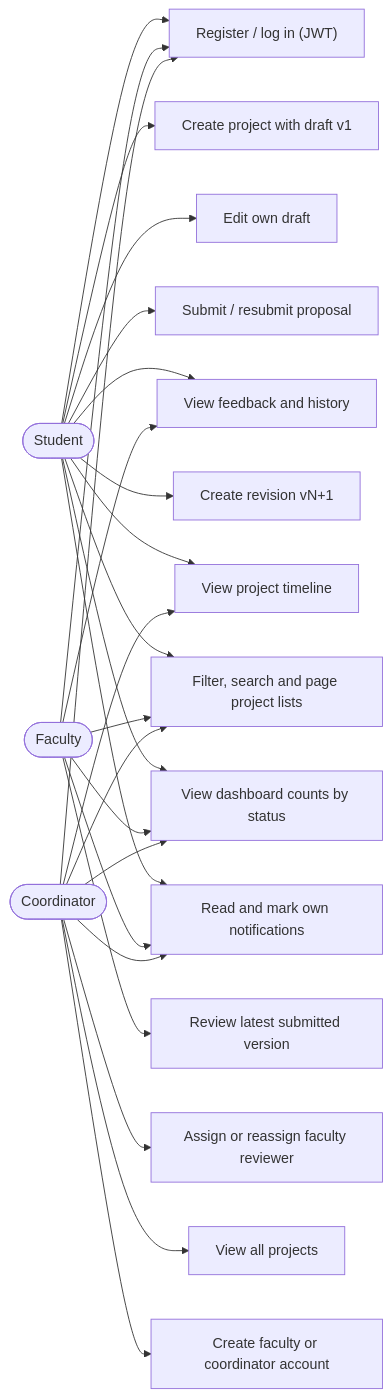
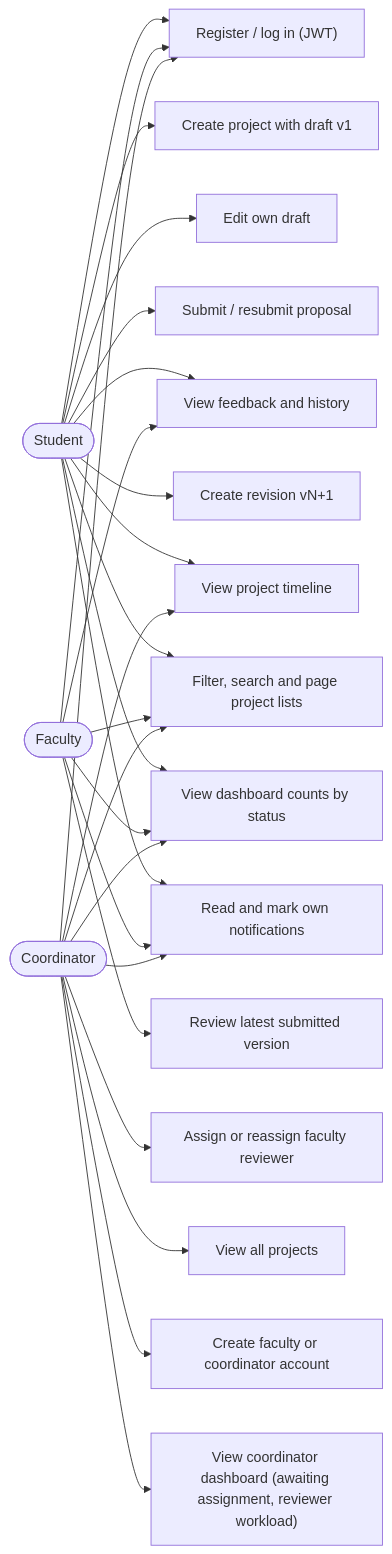
Before and after one commit to udita-0707/Prastaav: the first of 11 diagrams in docs/diagrams.md, drawn with Mermaid. The commit also changed other lines of this file and 5 other files, not shown here.

Commit message:
docs(project): coordinator dashboard requirement, API contract and diagrams

````diff
--- a/docs/diagrams.md
+++ b/docs/diagrams.md
@@ -9,23 +9,24 @@
 ```mermaid
 flowchart LR
   Student([Student])
   Faculty([Faculty])
   Coordinator([Coordinator])
   UC1["Register / log in (JWT)"]
   UC2["Create project with draft v1"]
   UC3["Edit own draft"]
   UC4["Submit / resubmit proposal"]
   UC5["View feedback and history"]
   UC6["Create revision vN+1"]
   UC7["Assign or reassign faculty reviewer"]
   UC8["Review latest submitted version"]
   UC9["View project timeline"]
   UC10["View all projects"]
   UC11["Filter, search and page project lists"]
   UC12["View dashboard counts by status"]
   UC13["Create faculty or coordinator account"]
   UC14["Read and mark own notifications"]
+  UC15["View coordinator dashboard (awaiting assignment, reviewer workload)"]
   Student --> UC1 & UC2 & UC3 & UC4 & UC5 & UC6 & UC9 & UC11 & UC12 & UC14
   Faculty --> UC1 & UC8 & UC5 & UC11 & UC12 & UC14
-  Coordinator --> UC1 & UC7 & UC10 & UC9 & UC11 & UC12 & UC13 & UC14
+  Coordinator --> UC1 & UC7 & UC10 & UC9 & UC11 & UC12 & UC13 & UC14 & UC15
 ```
````
